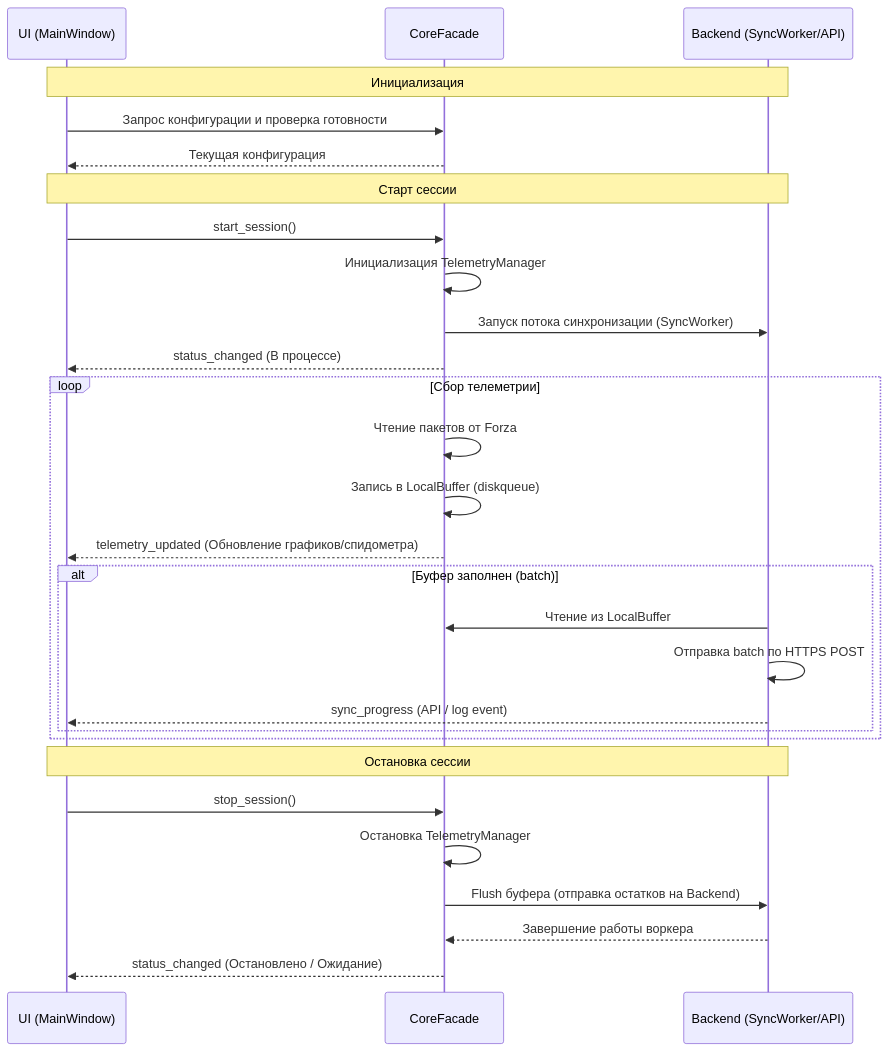
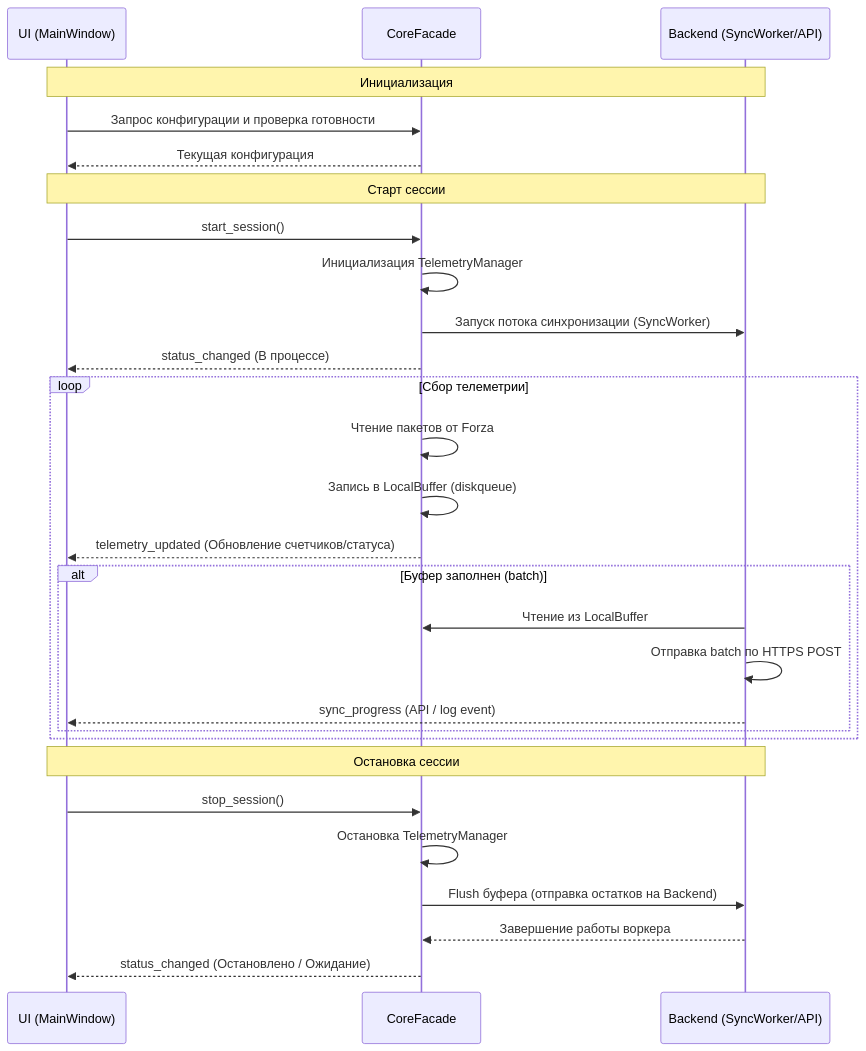
Before and after one commit to 1DenLy/ForzaAITuner: the diagram in docs/01_UI/02_UI_State_and_Flow.md, drawn with Mermaid. The commit also changed other lines of this file and 15 other files, not shown here.

````diff
--- a/docs/01_UI/02_UI_State_and_Flow.md
+++ b/docs/01_UI/02_UI_State_and_Flow.md
@@ -12,35 +12,35 @@
 ```mermaid
 sequenceDiagram
     participant U as UI (MainWindow)
     participant C as CoreFacade
     participant B as Backend (SyncWorker/API)
 
     Note over U, B: Инициализация
     U->>C: Запрос конфигурации и проверка готовности
     C-->>U: Текущая конфигурация
     
     Note over U, B: Старт сессии
     U->>C: start_session()
     C->>C: Инициализация TelemetryManager
     C->>B: Запуск потока синхронизации (SyncWorker)
     C-->>U: status_changed (В процессе)
     
     loop Сбор телеметрии
         C->>C: Чтение пакетов от Forza
         C->>C: Запись в LocalBuffer (diskqueue)
-        C-->>U: telemetry_updated (Обновление графиков/спидометра)
+        C-->>U: telemetry_updated (Обновление счетчиков/статуса)
         
         alt Буфер заполнен (batch)
             B->>C: Чтение из LocalBuffer
             B->>B: Отправка batch по HTTPS POST
             B-->>U: sync_progress (API / log event)
         end
     end
 
     Note over U, B: Остановка сессии
     U->>C: stop_session()
     C->>C: Остановка TelemetryManager
     C->>B: Flush буфера (отправка остатков на Backend)
     B-->>C: Завершение работы воркера
     C-->>U: status_changed (Остановлено / Ожидание)
 ```
````
